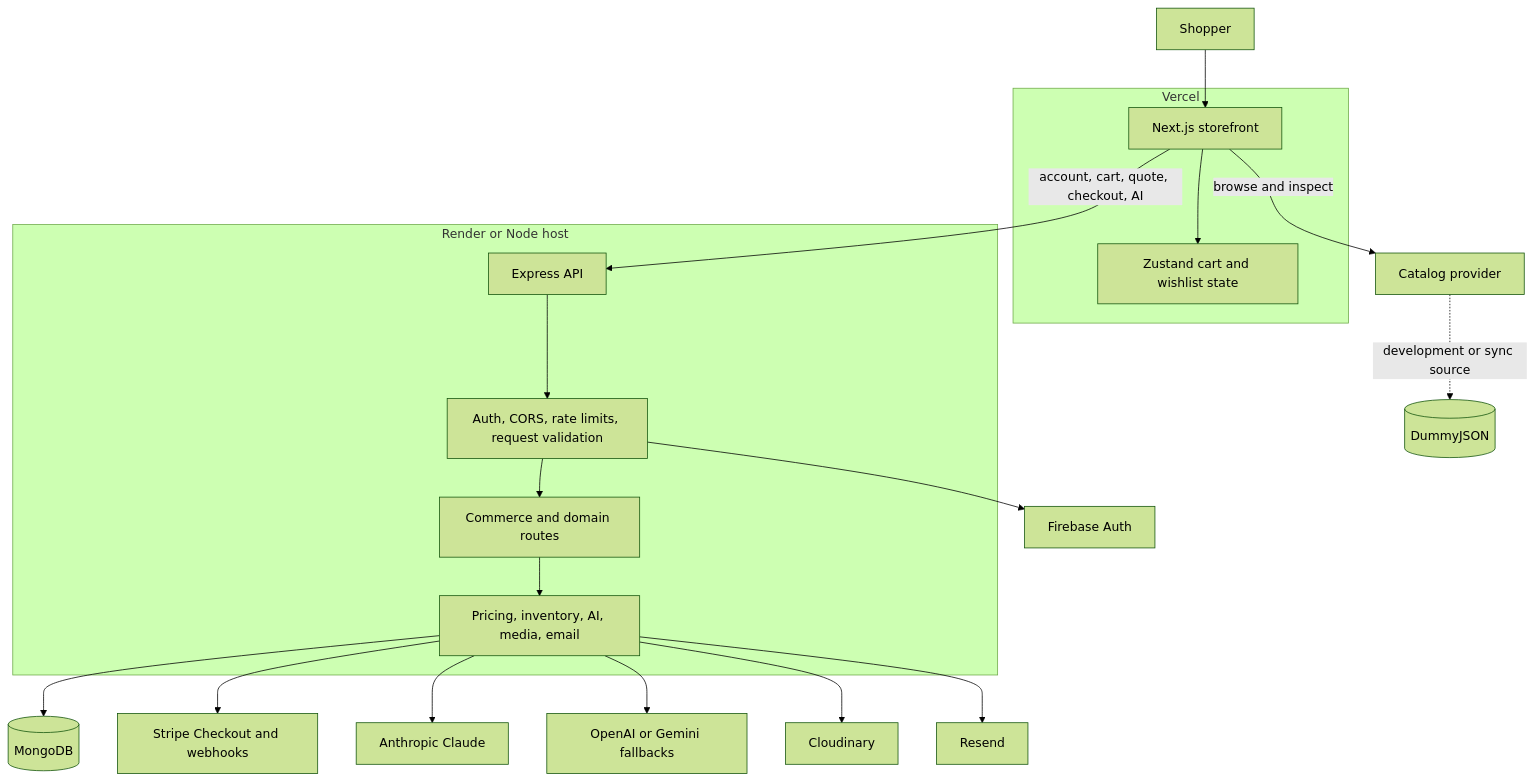
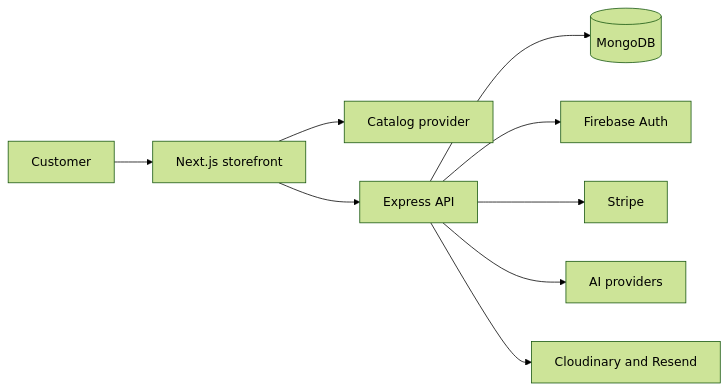
The diagram in README.md (Blacksujit/AR-VR-Ecommerece), drawn with Mermaid (forest theme) before and after one commit. The commit also changed other lines of this file and 8 other files, not shown here.

Commit message:
Refine product docs and architecture diagrams

````diff
--- a/README.md
+++ b/README.md
@@ -179,28 +101,11 @@
 ```mermaid
-flowchart TD
-    shopper[Shopper] --> storefront[Next.js storefront]
-    storefront -->|browse and inspect| catalog[Catalog provider]
-    storefront -->|account, cart, quote, checkout, AI| api[Express API]
-
-    subgraph web[Vercel]
-        storefront
-        state[Zustand cart and wishlist state]
-        storefront --> state
-    end
-
-    subgraph backend[Render or Node host]
-        api --> security[Auth, CORS, rate limits, request validation]
-        security --> domain[Commerce and domain routes]
-        domain --> services[Pricing, inventory, AI, media, email]
-    end
-
-    services --> database[(MongoDB)]
-    security --> firebase[Firebase Auth]
-    services --> stripe[Stripe Checkout and webhooks]
-    services --> claude[Anthropic Claude]
-    services --> providers[OpenAI or Gemini fallbacks]
-    services --> cloudinary[Cloudinary]
-    services --> resend[Resend]
-
-    catalog -. development or sync source .-> dummyjson[(DummyJSON)]
+flowchart LR
+    customer[Customer] --> web[Next.js storefront]
+    web --> catalog[Catalog provider]
+    web --> api[Express API]
+    api --> mongo[(MongoDB)]
+    api --> firebase[Firebase Auth]
+    api --> stripe[Stripe]
+    api --> ai[AI providers]
+    api --> media[Cloudinary and Resend]
 ```
````
